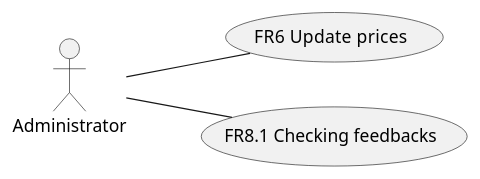
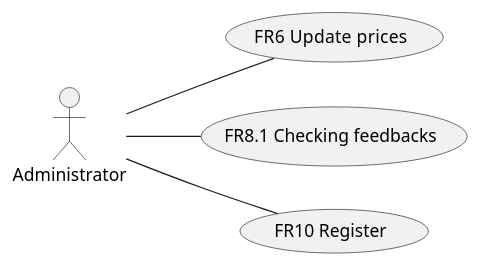
Before and after one commit to SoftengPoliTo/Lab2: the fourth of 5 diagrams in REQ_s269901.md, drawn with PlantUML. The commit also changed other lines of this file, not shown here.

````diff
--- a/REQ_s269901.md
+++ b/REQ_s269901.md
@@ -122,6 +126,7 @@
 ```plantuml
 left to right direction
 actor Administrator as a
 a -- (FR6  Update prices)
 a -- (FR8.1 Checking feedbacks)
+a -- (FR10 Register)
 ```
````
